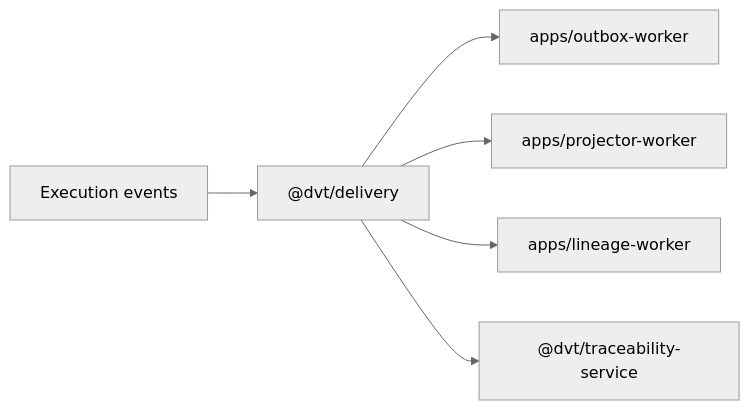
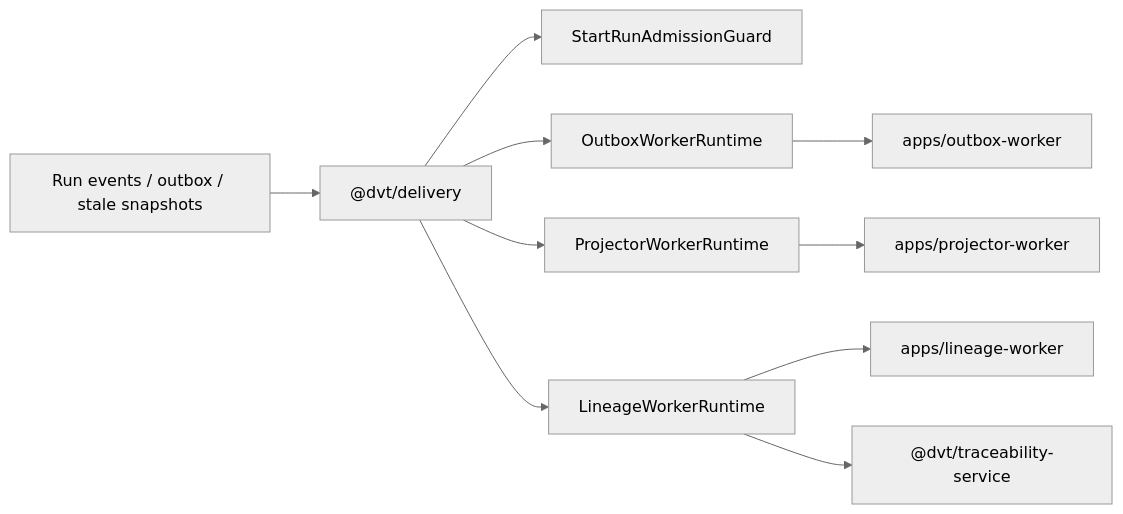
One commit to dunay2/dvt changed the diagram in docs/architecture/components/delivery/index.md. Above: the diagram before and after it, drawn with Mermaid (neutral theme). The commit also changed other lines of this file and 10 other files, not shown here.

Commit message:
docs(docs): Refresh active component topology diagrams

````diff
--- a/docs/architecture/components/delivery/index.md
+++ b/docs/architecture/components/delivery/index.md
@@ -26,8 +26,12 @@
 ```mermaid
 flowchart LR
-  Execution["Execution events"] --> Delivery["@dvt/delivery"]
-  Delivery --> Outbox["apps/outbox-worker"]
-  Delivery --> Projector["apps/projector-worker"]
-  Delivery --> Lineage["apps/lineage-worker"]
-  Delivery --> Traceability["@dvt/traceability-service"]
+  RuntimeFacts["Run events / outbox / stale snapshots"] --> Delivery["@dvt/delivery"]
+  Delivery --> Admission["StartRunAdmissionGuard"]
+  Delivery --> Outbox["OutboxWorkerRuntime"]
+  Delivery --> Projector["ProjectorWorkerRuntime"]
+  Delivery --> Lineage["LineageWorkerRuntime"]
+  Outbox --> OutboxHost["apps/outbox-worker"]
+  Projector --> ProjectorHost["apps/projector-worker"]
+  Lineage --> LineageHost["apps/lineage-worker"]
+  Lineage --> Traceability["@dvt/traceability-service"]
 ```
````
